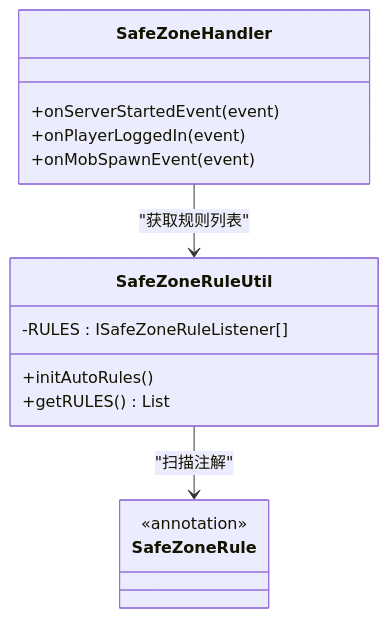
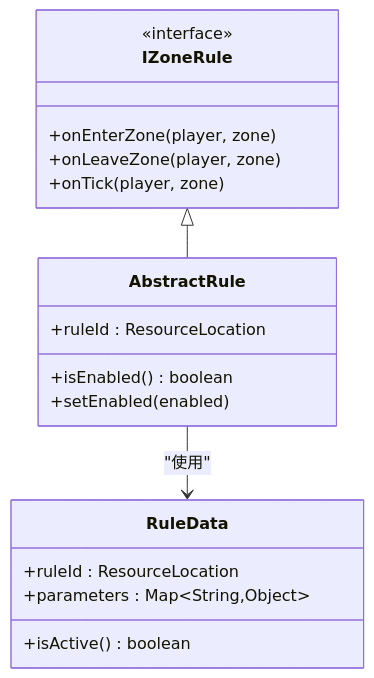
One commit to Ver-shift/SubModulesGeneHunter changed the seventh of 8 diagrams in .qoder/repowiki/zh/content/模块架构/Beyond安全区模块/Beyond安全区模块.md. Above: the diagram before and after it, drawn with Mermaid. The commit also changed other lines of this file and 42 other files, not shown here.

````diff
--- a/.qoder/repowiki/zh/content/模块架构/Beyond安全区模块/Beyond安全区模块.md
+++ b/.qoder/repowiki/zh/content/模块架构/Beyond安全区模块/Beyond安全区模块.md
@@ -269,18 +323,21 @@
 ```mermaid
 classDiagram
-class SafeZoneRule {
-<<annotation>>
+class IZoneRule {
+<<interface>>
++onEnterZone(player, zone)
++onLeaveZone(player, zone)
++onTick(player, zone)
 }
-class SafeZoneRuleUtil {
--RULES : ISafeZoneRuleListener[]
-+initAutoRules()
-+getRULES() List
+class AbstractRule {
++ruleId : ResourceLocation
++isEnabled() boolean
++setEnabled(enabled)
 }
-class SafeZoneHandler {
-+onServerStartedEvent(event)
-+onPlayerLoggedIn(event)
-+onMobSpawnEvent(event)
+class RuleData {
++ruleId : ResourceLocation
++parameters : Map~String,Object~
++isActive() boolean
 }
-SafeZoneRuleUtil --> SafeZoneRule : "扫描注解"
-SafeZoneHandler --> SafeZoneRuleUtil : "获取规则列表"
+IZoneRule <|-- AbstractRule
+AbstractRule --> RuleData : "使用"
 ```
````
